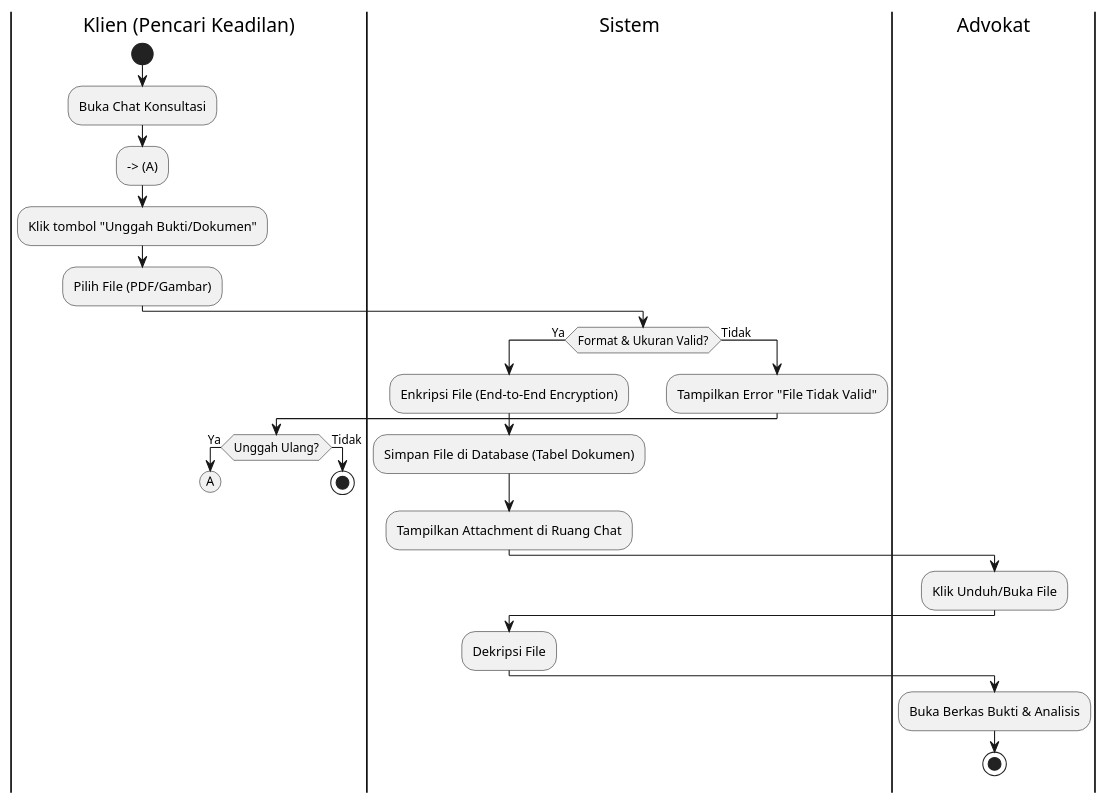
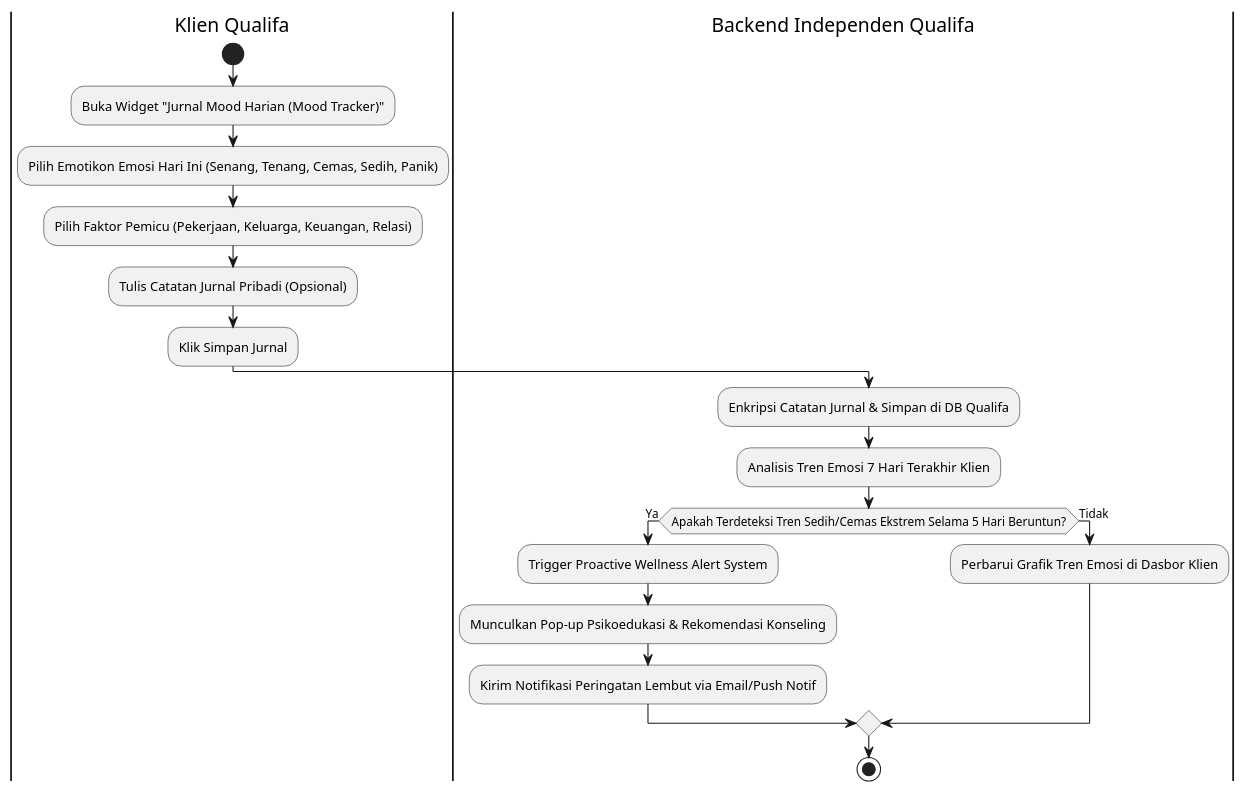
Diagram 15 of 20 in MarkDown/plantuml_activity_diagrams.md (tupperwureism/SuperApp-Gagal), drawn with PlantUML before and after one commit. The commit also changed other lines of this file and 60 other files, not shown here.

````diff
--- a/MarkDown/plantuml_activity_diagrams.md
+++ b/MarkDown/plantuml_activity_diagrams.md
@@ -669,38 +603,23 @@
 ```plantuml
 @startuml
-|Klien (Pencari Keadilan)|
+|Klien Qualifa|
 start
-:Buka Chat Konsultasi;
---> (A)
-:Klik tombol "Unggah Bukti/Dokumen";
-:Pilih File (PDF/Gambar);
+:Buka Widget "Jurnal Mood Harian (Mood Tracker)";
+:Pilih Emotikon Emosi Hari Ini (Senang, Tenang, Cemas, Sedih, Panik);
+:Pilih Faktor Pemicu (Pekerjaan, Keluarga, Keuangan, Relasi);
+:Tulis Catatan Jurnal Pribadi (Opsional);
+:Klik Simpan Jurnal;
 
-|Sistem|
-if (Format & Ukuran Valid?) then (Ya)
-  :Enkripsi File (End-to-End Encryption);
-  :Simpan File di Database (Tabel Dokumen);
-  :Tampilkan Attachment di Ruang Chat;
-  
-  |Advokat|
-  :Klik Unduh/Buka File;
-  
-  |Sistem|
-  :Dekripsi File;
-  
-  |Advokat|
-  :Buka Berkas Bukti & Analisis;
-  stop
+|Backend Independen Qualifa|
+:Enkripsi Catatan Jurnal & Simpan di DB Qualifa;
+:Analisis Tren Emosi 7 Hari Terakhir Klien;
+if (Apakah Terdeteksi Tren Sedih/Cemas Ekstrem Selama 5 Hari Beruntun?) then (Ya)
+  :Trigger Proactive Wellness Alert System;
+  :Munculkan Pop-up Psikoedukasi & Rekomendasi Konseling;
+  :Kirim Notifikasi Peringatan Lembut via Email/Push Notif;
 else (Tidak)
-  |Sistem|
-  :Tampilkan Error "File Tidak Valid";
-  
-  |Klien (Pencari Keadilan)|
-  if (Unggah Ulang?) then (Ya)
-    (A)
-    detach
-  else (Tidak)
-    stop
-  endif
+  :Perbarui Grafik Tren Emosi di Dasbor Klien;
 endif
+stop
 @enduml
 ```
````
